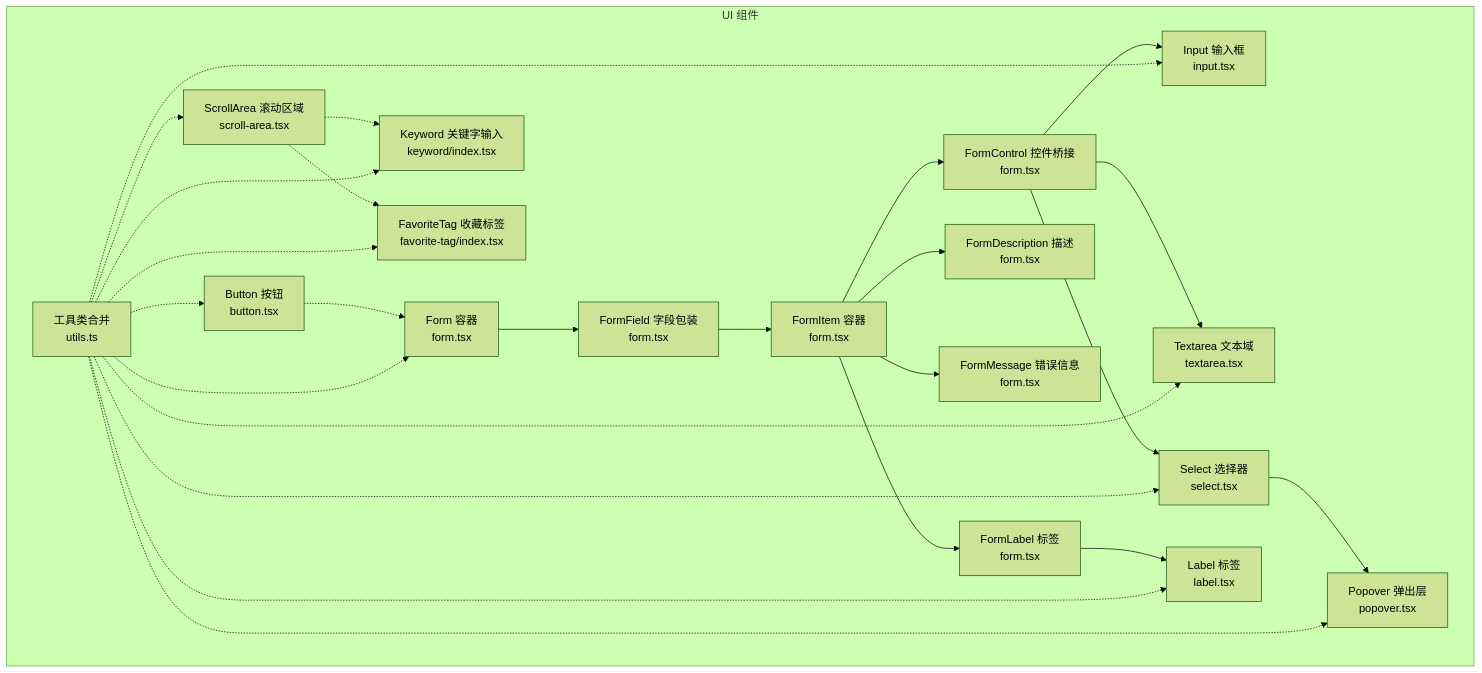
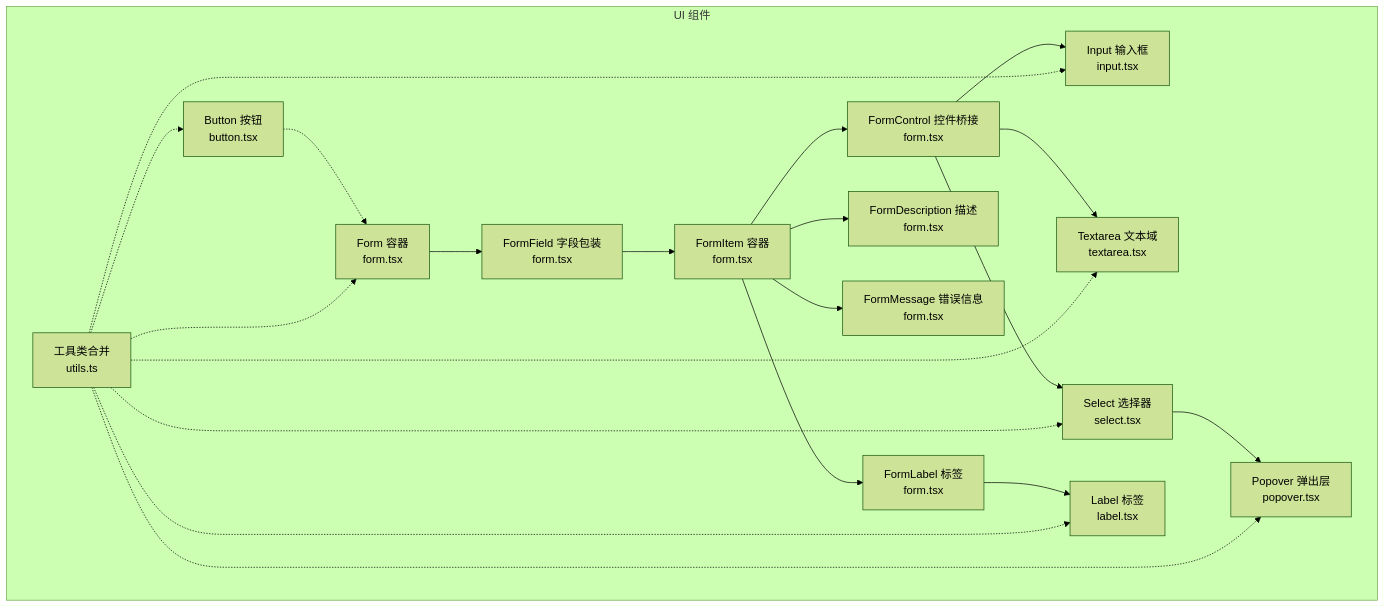
One commit to RadiumAg/bilibili-favorites changed the first of 5 diagrams in .qoder/repowiki/zh/content/UI组件系统/表单组件.md. Above: the diagram before and after it, drawn with Mermaid (forest theme). The commit also changed other lines of this file and 21 other files, not shown here.

````diff
--- a/.qoder/repowiki/zh/content/UI组件系统/表单组件.md
+++ b/.qoder/repowiki/zh/content/UI组件系统/表单组件.md
@@ -70,46 +49,38 @@
 ```mermaid
 graph TB
 subgraph "UI 组件"
 F["Form 容器<br/>form.tsx"]
 FF["FormField 字段包装<br/>form.tsx"]
 FI["FormItem 容器<br/>form.tsx"]
 FL["FormLabel 标签<br/>form.tsx"]
 FC["FormControl 控件桥接<br/>form.tsx"]
 FD["FormDescription 描述<br/>form.tsx"]
 FM["FormMessage 错误信息<br/>form.tsx"]
 IN["Input 输入框<br/>input.tsx"]
 TA["Textarea 文本域<br/>textarea.tsx"]
 SE["Select 选择器<br/>select.tsx"]
 PO["Popover 弹出层<br/>popover.tsx"]
 LB["Label 标签<br/>label.tsx"]
 BT["Button 按钮<br/>button.tsx"]
-SA["ScrollArea 滚动区域<br/>scroll-area.tsx"]
-KW["Keyword 关键字输入<br/>keyword/index.tsx"]
-FT["FavoriteTag 收藏标签<br/>favorite-tag/index.tsx"]
 UT["工具类合并<br/>utils.ts"]
 end
 F --> FF
 FF --> FI
 FI --> FL
 FI --> FC
 FI --> FD
 FI --> FM
 FC --> IN
 FC --> TA
 FC --> SE
 SE --> PO
 FL --> LB
 BT -.-> F
-SA -.-> KW
-SA -.-> FT
 UT -.-> F
 UT -.-> IN
 UT -.-> TA
 UT -.-> SE
 UT -.-> PO
 UT -.-> LB
 UT -.-> BT
-UT -.-> SA
-UT -.-> KW
-UT -.-> FT
 ```
````
